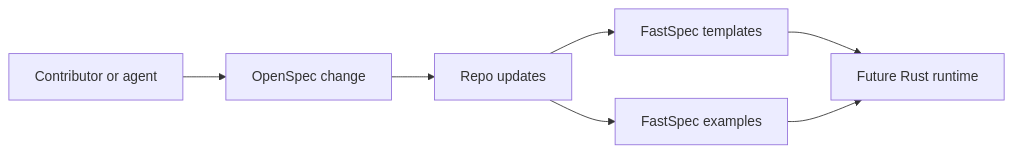
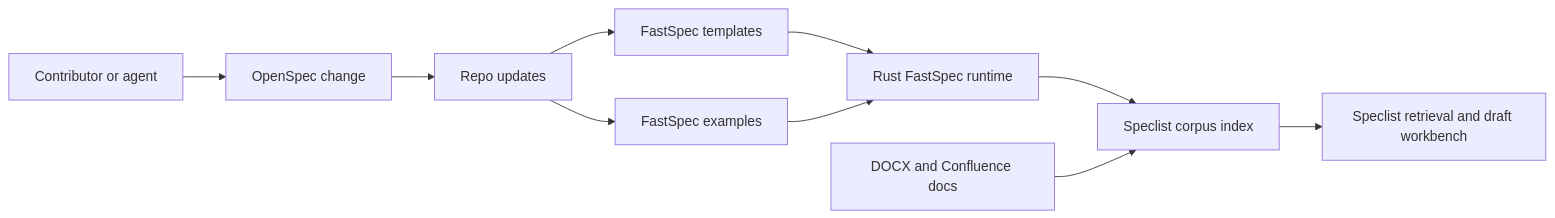
One commit to InteractiveLearningPlatform/FastSpec changed the diagram in docs/architecture.md. Above: the diagram before and after it, drawn with Mermaid. The commit also changed other lines of this file and 36 other files, not shown here.

````diff
--- a/docs/architecture.md
+++ b/docs/architecture.md
@@ -8,9 +8,12 @@
 ```mermaid
 flowchart LR
     A[Contributor or agent] --> B[OpenSpec change]
     B --> C[Repo updates]
     C --> D[FastSpec templates]
     C --> E[FastSpec examples]
-    D --> F[Future Rust runtime]
+    D --> F[Rust FastSpec runtime]
     E --> F
+    F --> G[Speclist corpus index]
+    H[DOCX and Confluence docs] --> G
+    G --> I[Speclist retrieval and draft workbench]
 ```
````
